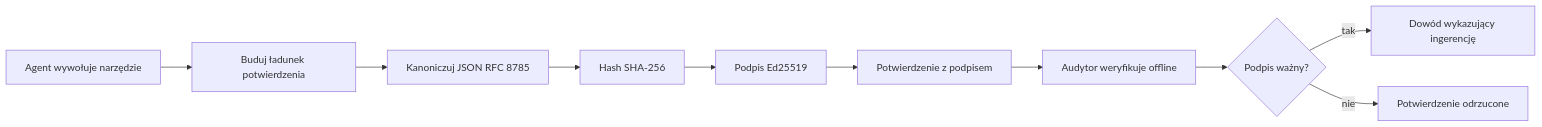
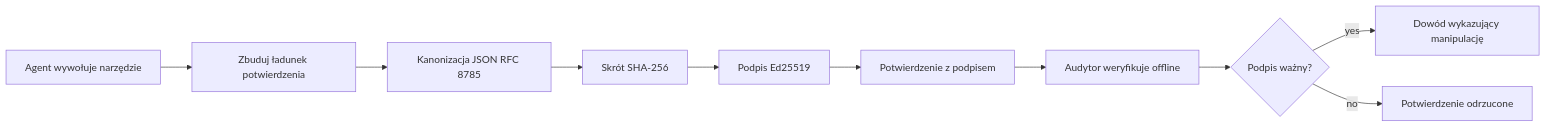
One commit to gabrielmoreira/agent-skills-mirror changed the first of 2 diagrams in mirrors/repos/microsoft@ai-agents-for-beginners/translations/pl/18-securing-ai-agents/README.md. Above: the diagram before and after it, drawn with Mermaid. The commit also changed other lines of this file and 8886 other files, not shown here.

````diff
--- a/mirrors/repos/microsoft@ai-agents-for-beginners/translations/pl/18-securing-ai-agents/README.md
+++ b/mirrors/repos/microsoft@ai-agents-for-beginners/translations/pl/18-securing-ai-agents/README.md
@@ -51,12 +51,12 @@
 ```mermaid
 flowchart LR
-    A[Agent wywołuje narzędzie] --> B[Buduj ładunek potwierdzenia]
-    B --> C[Kanoniczuj JSON RFC 8785]
-    C --> D[Hash SHA-256]
+    A[Agent wywołuje narzędzie] --> B[Zbuduj ładunek potwierdzenia]
+    B --> C[Kanonizacja JSON RFC 8785]
+    C --> D[Skrót SHA-256]
     D --> E[Podpis Ed25519]
     E --> F[Potwierdzenie z podpisem]
     F --> G[Audytor weryfikuje offline]
     G --> H{Podpis ważny?}
-    H -- tak --> I[Dowód wykazujący ingerencję]
-    H -- nie --> J[Potwierdzenie odrzucone]
+    H -- yes --> I[Dowód wykazujący manipulację]
+    H -- no --> J[Potwierdzenie odrzucone]
 ```
````
